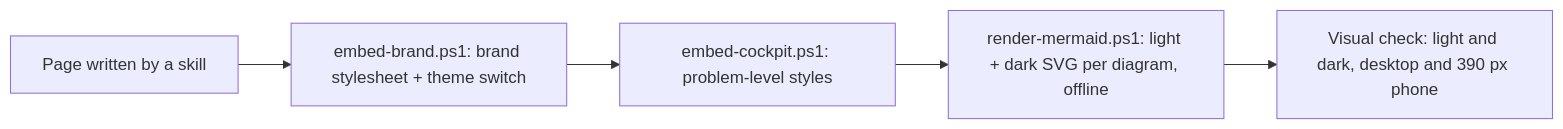
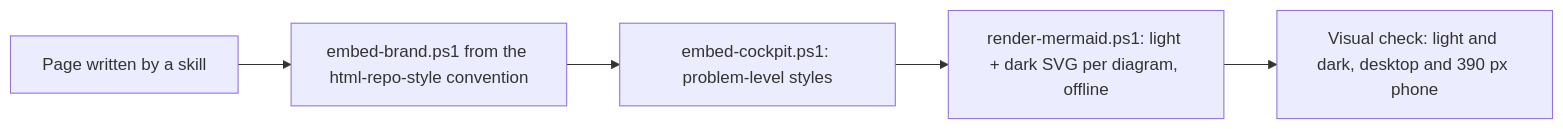
The diagram in skills/conventions/an-dr-convention-html-report/README.md (an-dr/agents), drawn with Mermaid before and after one commit. The commit also changed other lines of this file and 20 other files, not shown here.

First line of the commit message:
feat(policy): add the HTML repo style convention

````diff
--- a/skills/conventions/an-dr-convention-html-report/README.md
+++ b/skills/conventions/an-dr-convention-html-report/README.md
@@ -11,7 +11,7 @@
 ```mermaid
 flowchart LR
-  W[Page written by a skill] --> B[embed-brand.ps1: brand stylesheet + theme switch]
+  W[Page written by a skill] --> B[embed-brand.ps1 from the html-repo-style convention]
   B --> K[embed-cockpit.ps1: problem-level styles]
   K --> M[render-mermaid.ps1: light + dark SVG per diagram, offline]
   M --> V[Visual check: light and dark, desktop and 390 px phone]
 ```
````
